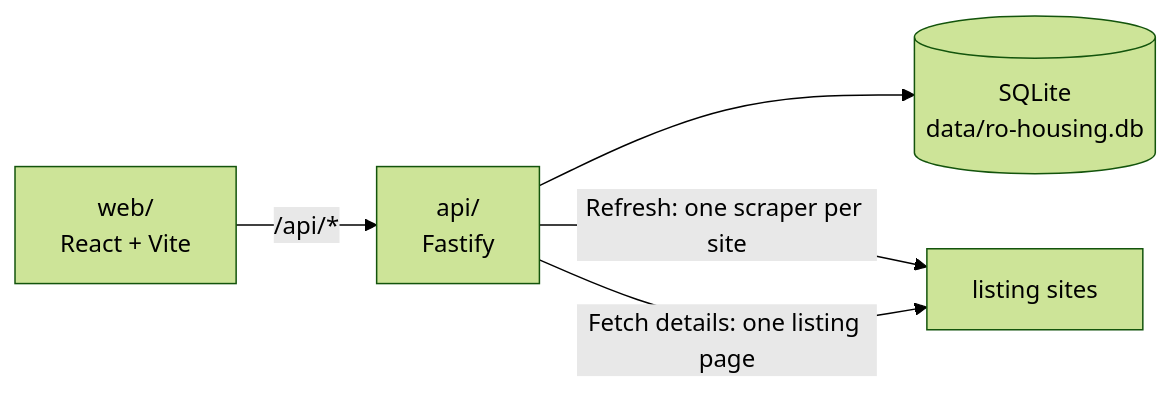
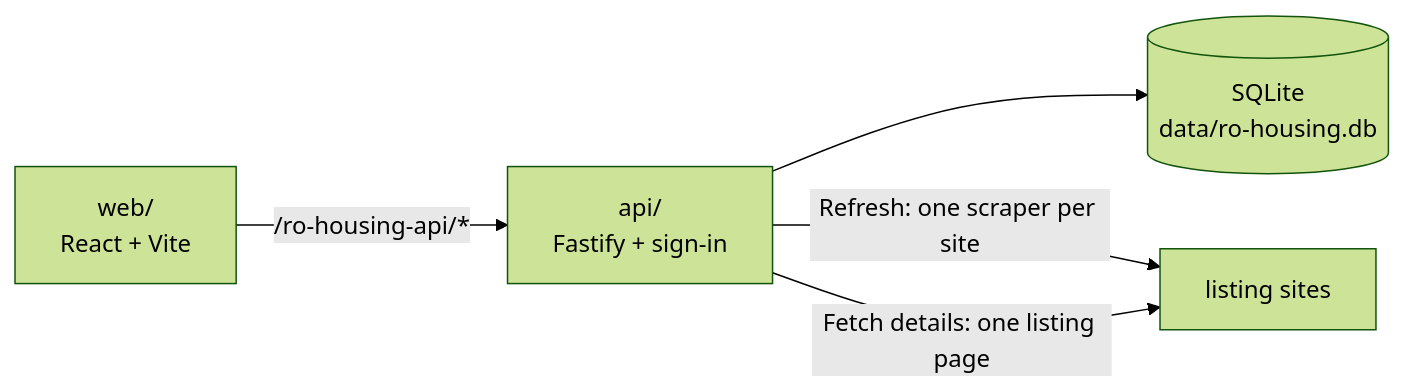
Before and after one commit to gandolh/ro-housing: the diagram in README.md, drawn with Mermaid (forest theme). The commit also changed other lines of this file and 65 other files, not shown here.

First line of the commit message:
Ready for the VPS: sign-in, /ro-housing and /ro-housing-api, a capped container

````diff
--- a/README.md
+++ b/README.md
@@ -38,7 +39,7 @@
 ```mermaid
 flowchart LR
-  web["web/<br/>React + Vite"] -- "/api/*" --> api["api/<br/>Fastify"]
+  web["web/<br/>React + Vite"] -- "/ro-housing-api/*" --> api["api/<br/>Fastify + sign-in"]
   api --> db[("SQLite<br/>data/ro-housing.db")]
   api -- "Refresh: one scraper per site" --> sites["listing sites"]
   api -- "Fetch details: one listing page" --> sites
 ```
````
